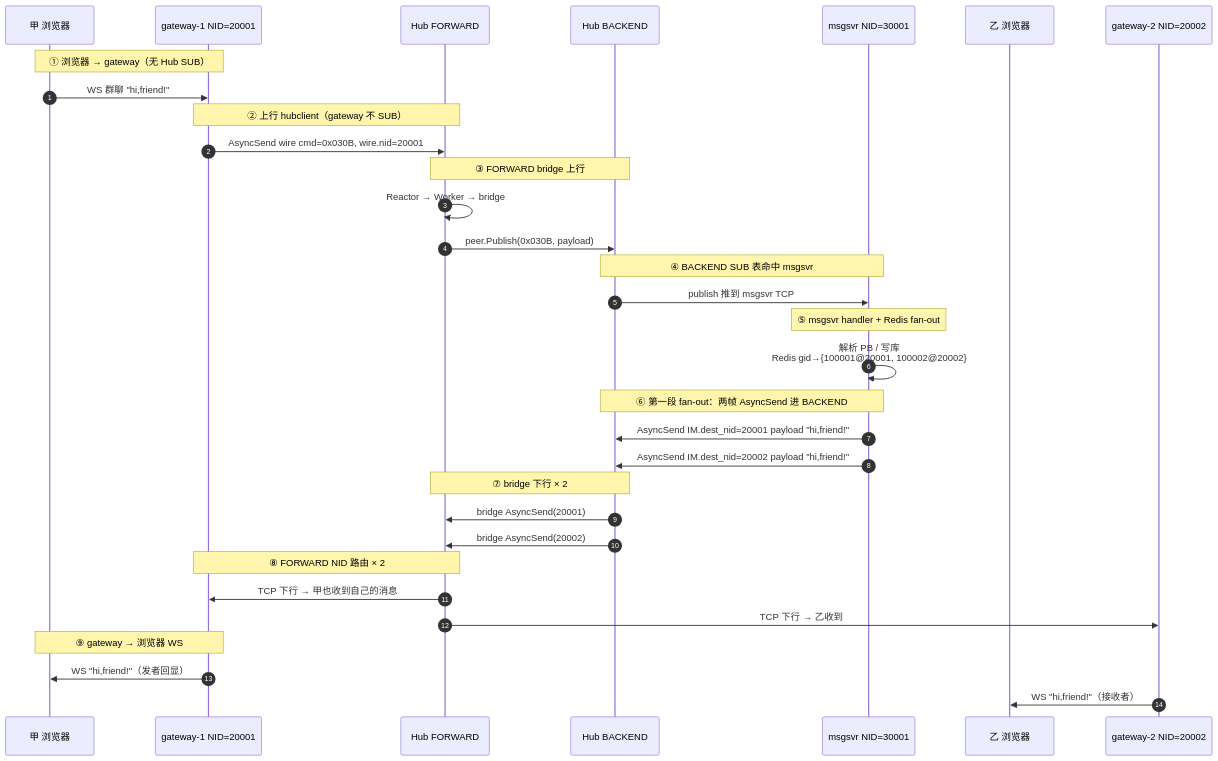
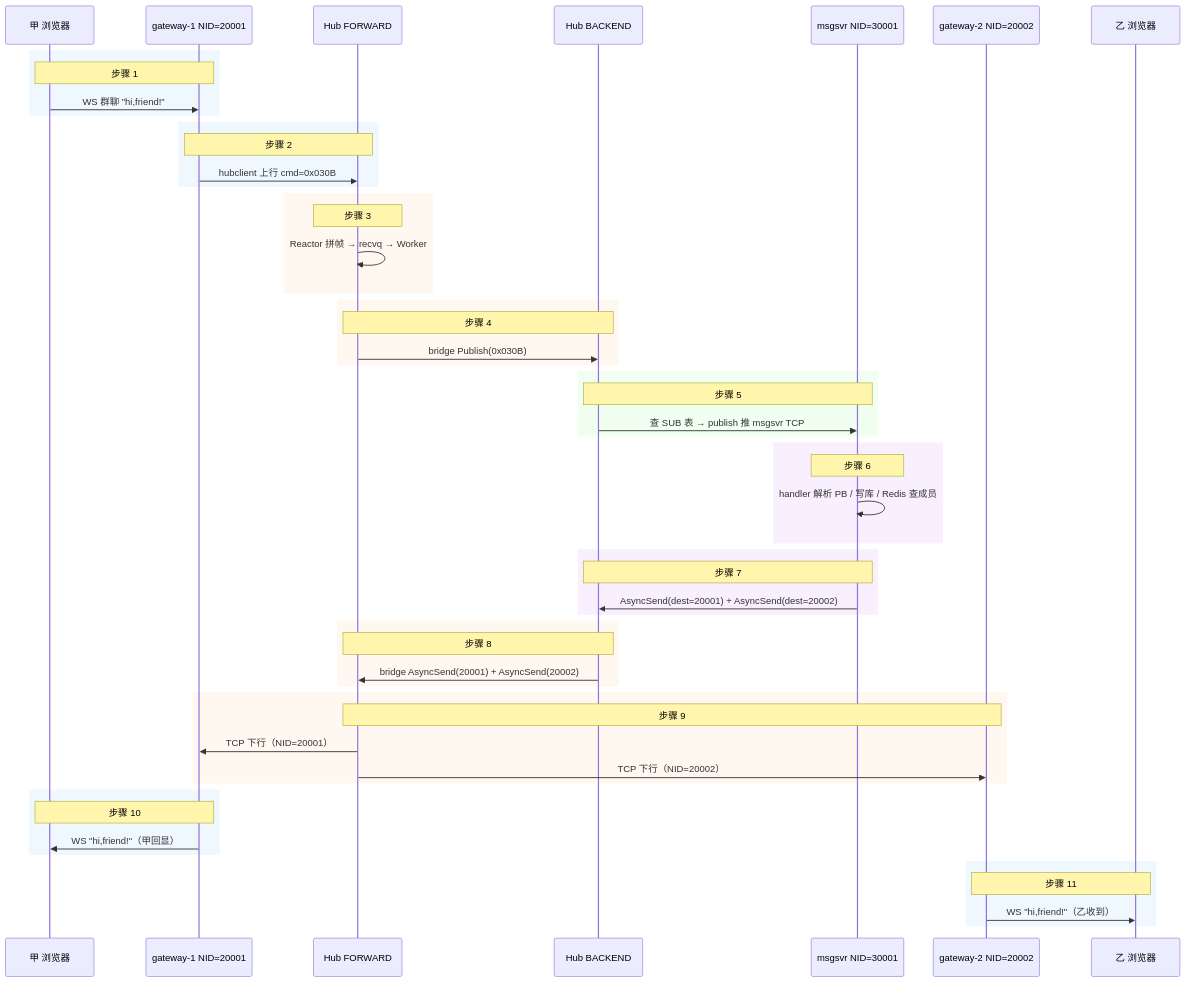
The second of 2 diagrams in doc/doway/群聊的订阅关系梳理.md (sunchao1/hi-im-core), drawn with Mermaid before and after one commit. The commit also changed other lines of this file, not shown here.

Commit message:
修改

````diff
--- a/doc/doway/群聊的订阅关系梳理.md
+++ b/doc/doway/群聊的订阅关系梳理.md
@@ -116,43 +118,66 @@
 ```mermaid
 sequenceDiagram
-  autonumber
   participant A as 甲 浏览器
   participant G1 as gateway-1 NID=20001
   participant HF as Hub FORWARD
   participant HB as Hub BACKEND
   participant MS as msgsvr NID=30001
+  participant G2 as gateway-2 NID=20002
   participant B as 乙 浏览器
-  participant G2 as gateway-2 NID=20002
 
-  Note over A,G1: ① 浏览器 → gateway（无 Hub SUB）
-  A->>G1: WS 群聊 "hi,friend!"
+  rect rgb(240,248,255)
+    Note over A,G1: 步骤 1
+    A->>G1: WS 群聊 "hi,friend!"
+  end
 
-  Note over G1,HF: ② 上行 hubclient（gateway 不 SUB）
-  G1->>HF: AsyncSend wire cmd=0x030B, wire.nid=20001
+  rect rgb(240,248,255)
+    Note over G1,HF: 步骤 2
+    G1->>HF: hubclient 上行 cmd=0x030B
+  end
 
-  Note over HF,HB: ③ FORWARD bridge 上行
-  HF->>HF: Reactor → Worker → bridge
-  HF->>HB: peer.Publish(0x030B, payload)
+  rect rgb(255,248,240)
+    Note over HF: 步骤 3
+    HF->>HF: Reactor 拼帧 → recvq → Worker
+  end
 
-  Note over HB,MS: ④ BACKEND SUB 表命中 msgsvr
-  HB->>MS: publish 推到 msgsvr TCP
+  rect rgb(255,248,240)
+    Note over HF,HB: 步骤 4
+    HF->>HB: bridge Publish(0x030B)
+  end
 
-  Note over MS: ⑤ msgsvr handler + Redis fan-out
-  MS->>MS: 解析 PB / 写库<br/>Redis gid→{100001@20001, 100002@20002}
+  rect rgb(240,255,240)
+    Note over HB,MS: 步骤 5
+    HB->>MS: 查 SUB 表 → publish 推 msgsvr TCP
+  end
 
-  Note over MS,HB: ⑥ 第一段 fan-out：两帧 AsyncSend 进 BACKEND
-  MS->>HB: AsyncSend IM.dest_nid=20001 payload "hi,friend!"
-  MS->>HB: AsyncSend IM.dest_nid=20002 payload "hi,friend!"
+  rect rgb(248,240,255)
+    Note over MS: 步骤 6
+    MS->>MS: handler 解析 PB / 写库 / Redis 查成员
+  end
 
-  Note over HB,HF: ⑦ bridge 下行 × 2
-  HB->>HF: bridge AsyncSend(20001)
-  HB->>HF: bridge AsyncSend(20002)
+  rect rgb(248,240,255)
+    Note over MS,HB: 步骤 7
+    MS->>HB: AsyncSend(dest=20001) + AsyncSend(dest=20002)
+  end
 
-  Note over HF,G1: ⑧ FORWARD NID 路由 × 2
-  HF->>G1: TCP 下行 → 甲也收到自己的消息
-  HF->>G2: TCP 下行 → 乙收到
+  rect rgb(255,248,240)
+    Note over HB,HF: 步骤 8
+    HB->>HF: bridge AsyncSend(20001) + AsyncSend(20002)
+  end
 
-  Note over G1,A: ⑨ gateway → 浏览器 WS
-  G1->>A: WS "hi,friend!"（发者回显）
-  G2->>B: WS "hi,friend!"（接收者）
+  rect rgb(255,248,240)
+    Note over HF,G2: 步骤 9
+    HF->>G1: TCP 下行（NID=20001）
+    HF->>G2: TCP 下行（NID=20002）
+  end
+
+  rect rgb(240,248,255)
+    Note over G1,A: 步骤 10
+    G1->>A: WS "hi,friend!"（甲回显）
+  end
+
+  rect rgb(240,248,255)
+    Note over G2,B: 步骤 11
+    G2->>B: WS "hi,friend!"（乙收到）
+  end
 ```
````
